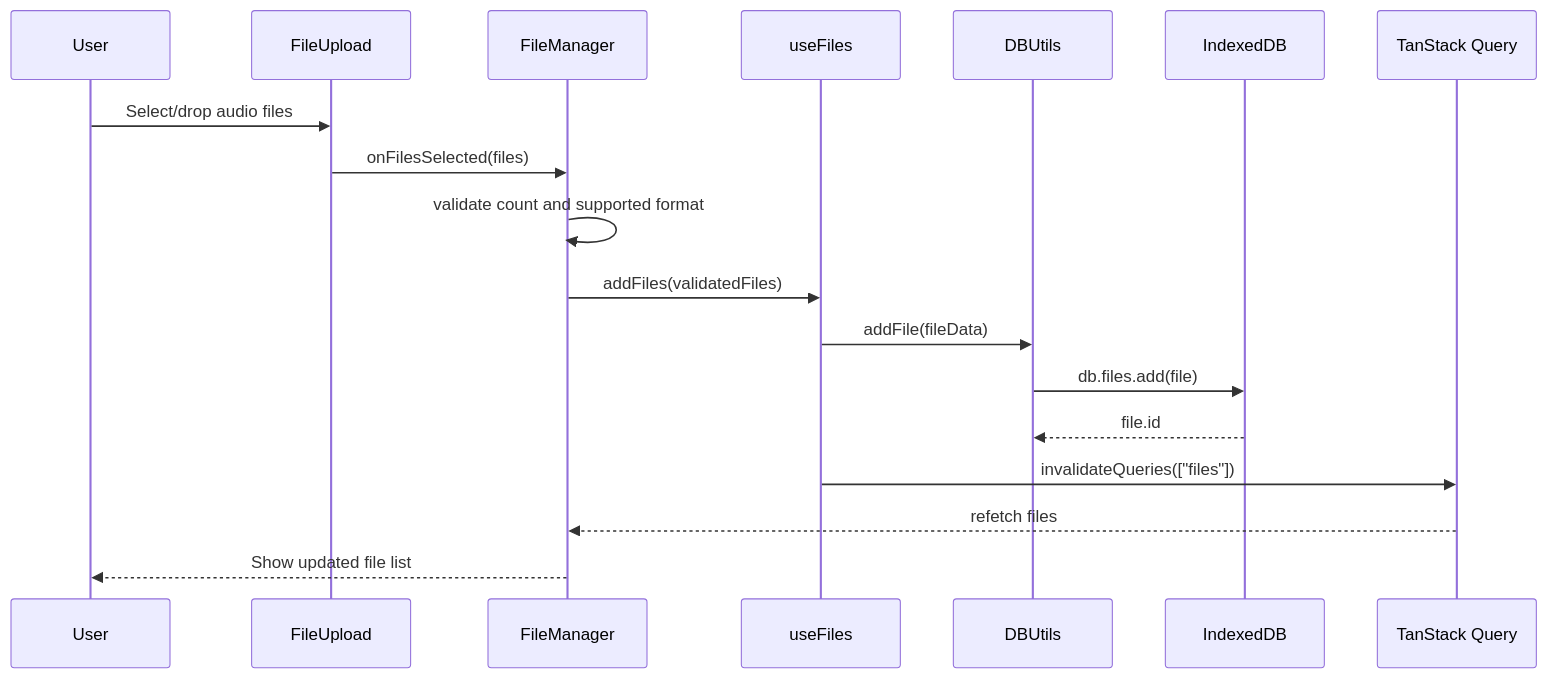
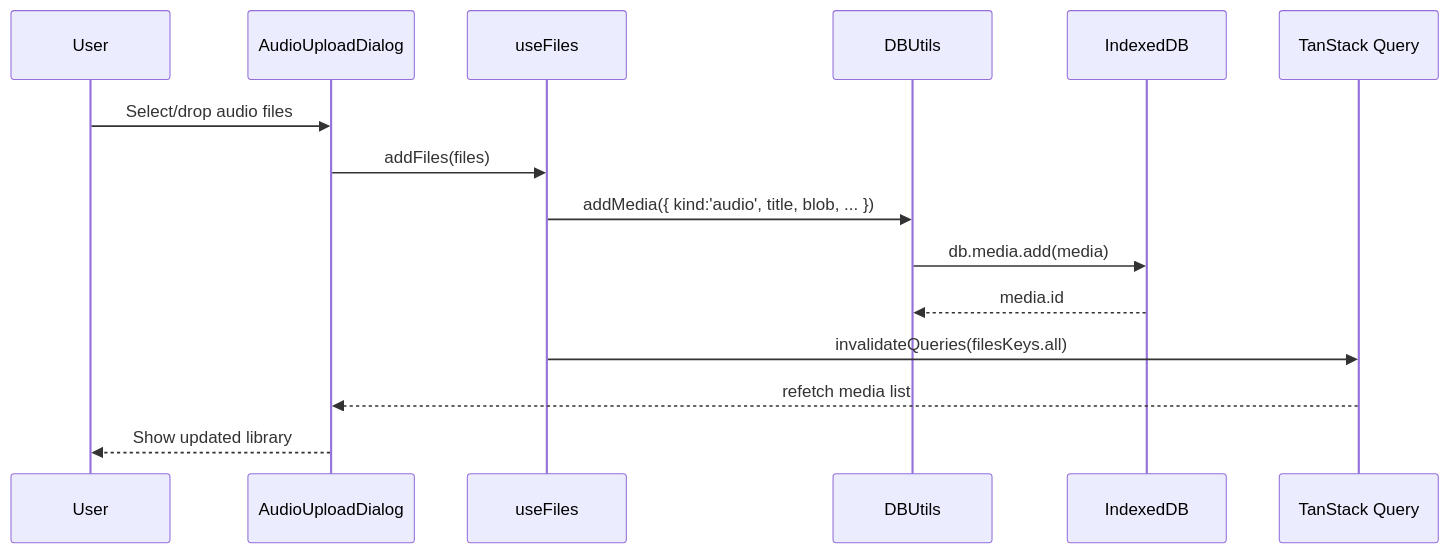
One commit to youming-ai/shadowing-learning changed the first of 4 diagrams in docs/DATA-FLOW.md. Above: the diagram before and after it, drawn with Mermaid. The commit also changed other lines of this file and 9 other files, not shown here.

First line of the commit message:
chore: align architecture docs and remove stale config

````diff
--- a/docs/DATA-FLOW.md
+++ b/docs/DATA-FLOW.md
@@ -83,21 +117,18 @@
 ```mermaid
 sequenceDiagram
     participant User
-    participant FileUpload
-    participant FileManager
+    participant Dialog as AudioUploadDialog
     participant useFiles
     participant DBUtils
     participant DB as IndexedDB
     participant Query as TanStack Query
 
-    User->>FileUpload: Select/drop audio files
-    FileUpload->>FileManager: onFilesSelected(files)
-    FileManager->>FileManager: validate count and supported format
-    FileManager->>useFiles: addFiles(validatedFiles)
-    useFiles->>DBUtils: addFile(fileData)
-    DBUtils->>DB: db.files.add(file)
-    DB-->>DBUtils: file.id
-    useFiles->>Query: invalidateQueries(["files"])
-    Query-->>FileManager: refetch files
-    FileManager-->>User: Show updated file list
+    User->>Dialog: Select/drop audio files
+    Dialog->>useFiles: addFiles(files)
+    useFiles->>DBUtils: addMedia({ kind:'audio', title, blob, ... })
+    DBUtils->>DB: db.media.add(media)
+    DB-->>DBUtils: media.id
+    useFiles->>Query: invalidateQueries(filesKeys.all)
+    Query-->>Dialog: refetch media list
+    Dialog-->>User: Show updated library
 ```
````
